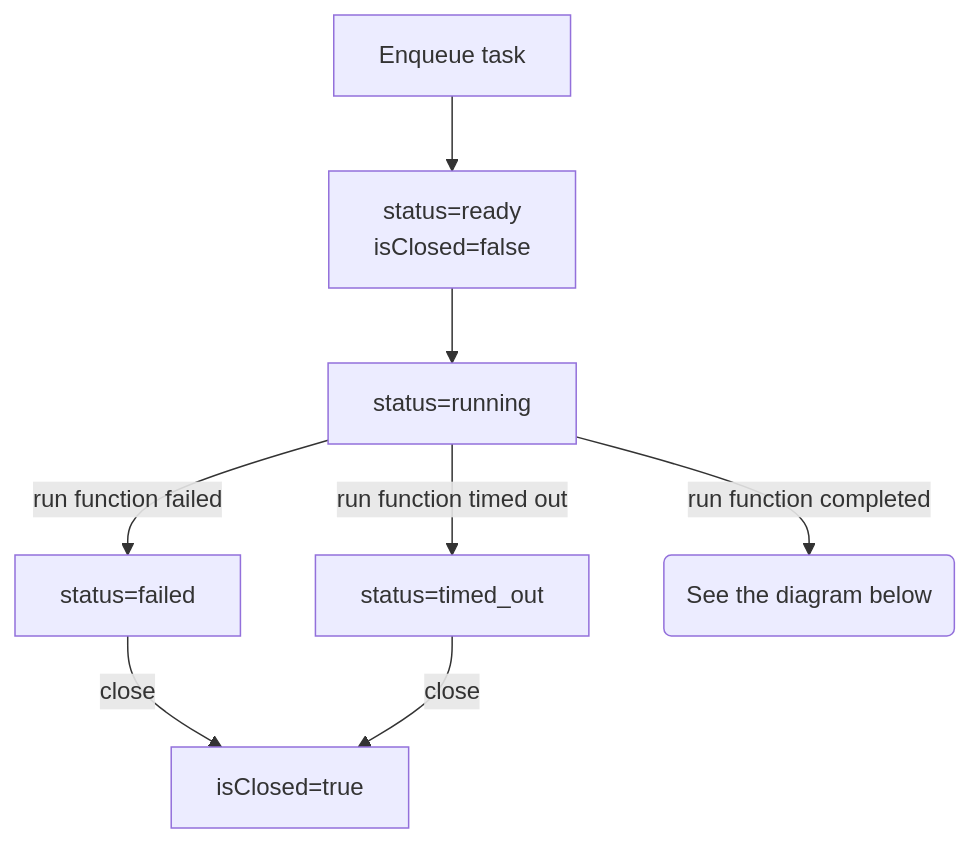
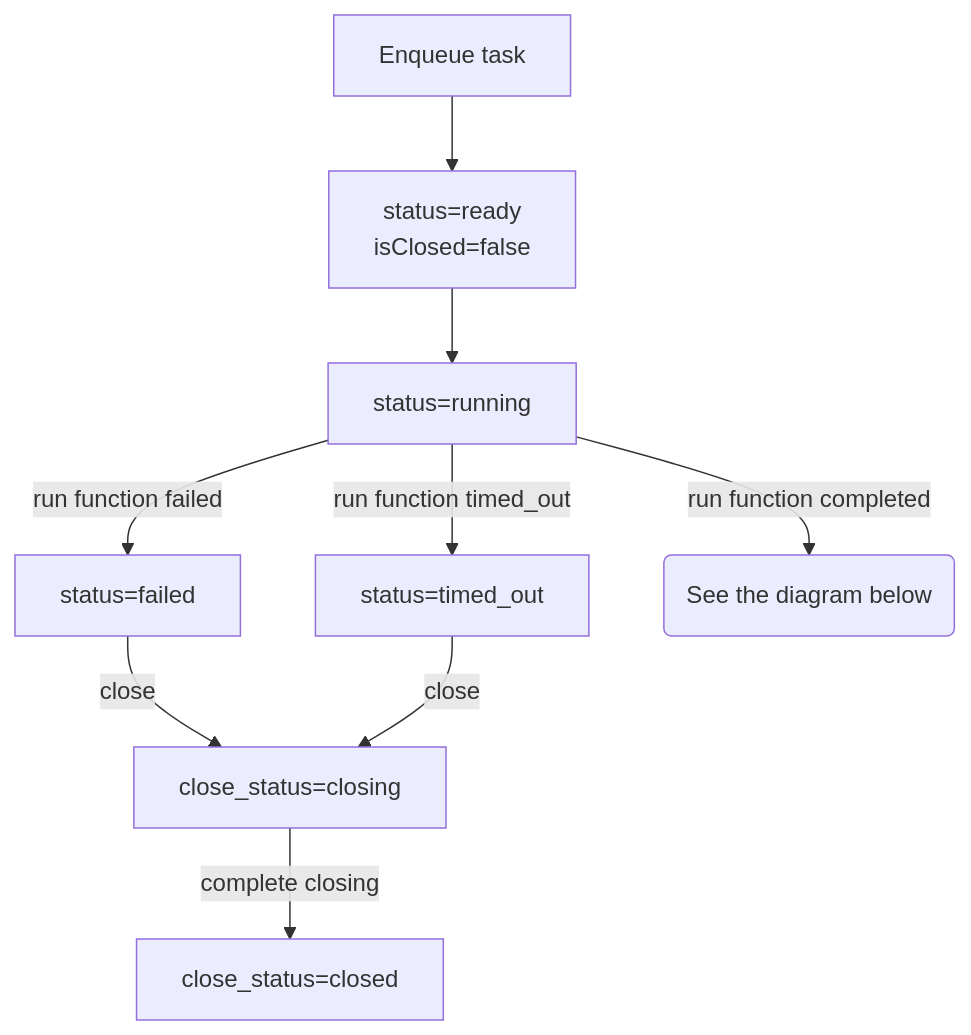
Before and after one commit to gpahal/durable-execution: the seventh of 8 diagrams in durable-execution/README.md, drawn with Mermaid. The commit also changed other lines of this file and 67 other files, not shown here.

````diff
--- a/durable-execution/README.md
+++ b/durable-execution/README.md
@@ -991,10 +1210,11 @@
 ```mermaid
 flowchart TD
   A[Enqueue task]-->B[status=ready<br/>isClosed=false]
   B-->C[status=running]
   C-->|run function failed| D[status=failed]
-  C-->|run function timed out| E[status=timed_out]
+  C-->|run function timed_out| E[status=timed_out]
   C-->|run function completed| F(See the diagram below)
-  D-->|close| Z[isClosed=true]
-  E-->|close| Z
+  D-->|close| Y[close_status=closing]
+  E-->|close| Y
+  Y-->|complete closing| Z[close_status=closed]
 ```
````
